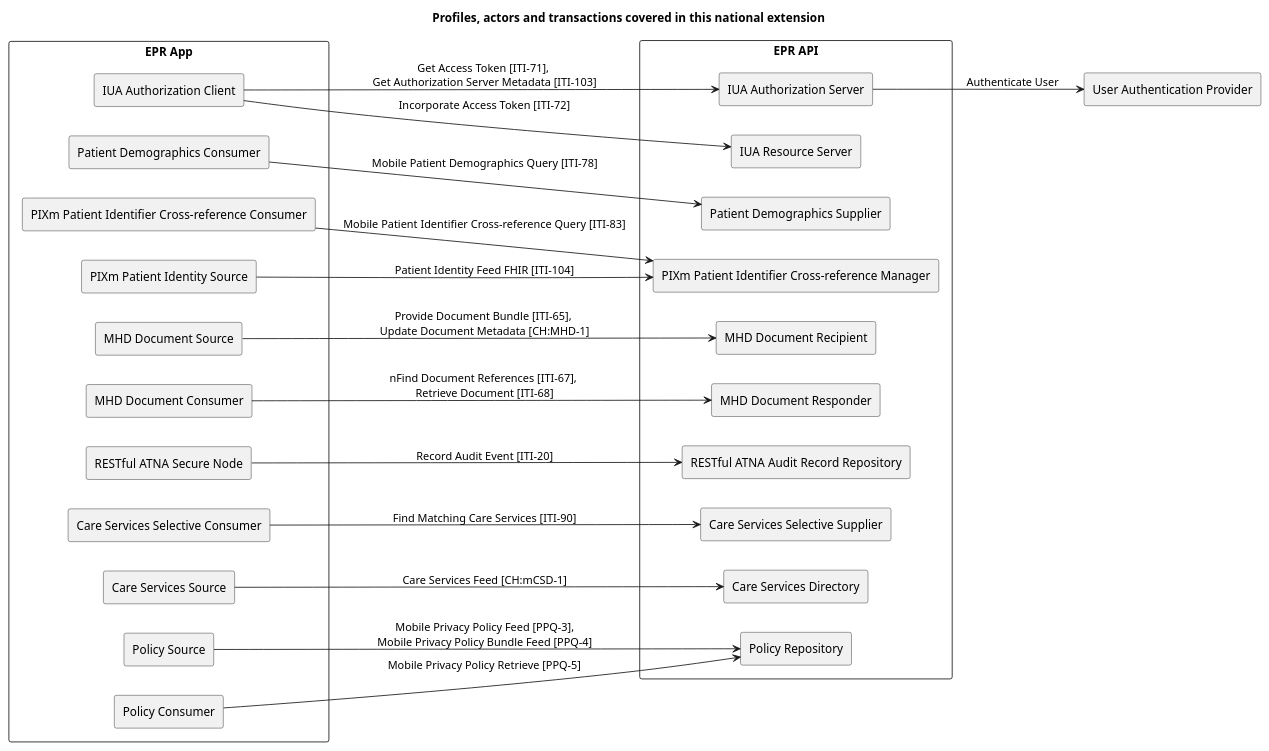
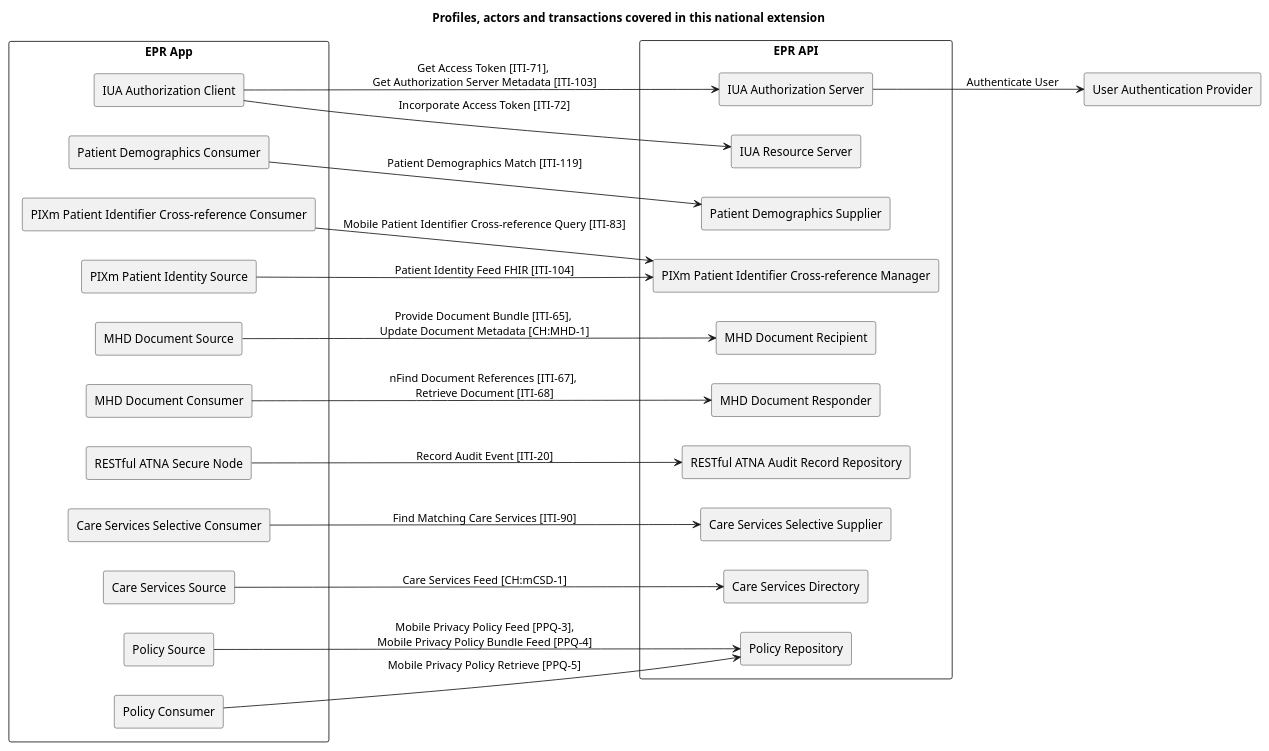
Before and after one commit to ehealthsuisse/ch-epr-fhir: the diagram in input/images-source/overview.plantuml, drawn with PlantUML. The commit also changed 11 other files, not shown here.

First line of the commit message:
PDQm: replace the ITI-78 transaction with the ITI-119 transaction

```diff
--- a/input/images-source/overview.plantuml
+++ b/input/images-source/overview.plantuml
@@ -1,65 +1,65 @@
 @startuml
 
 title **Profiles, actors and transactions covered in this national extension**
 
 skinparam componentStyle rectangle
 skinparam svgDimensionStyle false
 
 left to right direction
 
 component "EPR App" {
   [IUA Authorization Client] as IUAClient
 
   [Patient Demographics Consumer] as PDQmConsumer
 
   [PIXm Patient Identifier Cross-reference Consumer] as PIXmConsumer
   [PIXm Patient Identity Source] as PIXmSource
 
   [MHD Document Source] as MHDSource
   [MHD Document Consumer] as MHDConsumer
 
   [RESTful ATNA Secure Node] as ATNANode
 
   [Care Services Selective Consumer] as mCSDSelectiveConsumer
   [Care Services Source] as mCSDSelectiveSource
 
   [Policy Source] as PPQmPolicySource
   [Policy Consumer] as PPQmPolicyConsumer
 }
 
 component "EPR API" {
   [IUA Authorization Server] as IUAAuthServer
   IUAClient -> IUAAuthServer : Get Access Token [ITI-71], \nGet Authorization Server Metadata [ITI-103]
   [IUA Resource Server] as IUAResourceServer
   IUAClient --> IUAResourceServer : Incorporate Access Token [ITI-72]
 
   [Patient Demographics Supplier] as PDQmSupplier
-  PDQmConsumer --> PDQmSupplier : Mobile Patient Demographics Query [ITI-78]
+  PDQmConsumer --> PDQmSupplier : Patient Demographics Match [ITI-119]
 
   [PIXm Patient Identifier Cross-reference Manager] as PIXmManager
   PIXmConsumer --> PIXmManager : Mobile Patient Identifier Cross-reference Query [ITI-83]
   PIXmSource --> PIXmManager : Patient Identity Feed FHIR [ITI-104]
 
   [MHD Document Recipient] as MHDRecipient
   MHDSource --> MHDRecipient : Provide Document Bundle [ITI-65], \nUpdate Document Metadata [CH:MHD-1]
 
   [MHD Document Responder] as MHDResponder
   MHDConsumer --> MHDResponder : nFind Document References [ITI-67], \nRetrieve Document [ITI-68] 
 
   [RESTful ATNA Audit Record Repository] as ATNARepository
   ATNANode --> ATNARepository : Record Audit Event [ITI-20]
 
   [Care Services Selective Supplier] as mCSDSelectiveSupplier
   mCSDSelectiveConsumer --> mCSDSelectiveSupplier : Find Matching Care Services [ITI-90]
   [Care Services Directory] as mCSDSelectiveDirectory
   mCSDSelectiveSource --> mCSDSelectiveDirectory : Care Services Feed [CH:mCSD-1]
 
   [Policy Repository] as PPQmPolicyRepository
   PPQmPolicySource --> PPQmPolicyRepository : Mobile Privacy Policy Feed [PPQ-3],\nMobile Privacy Policy Bundle Feed [PPQ-4]
   PPQmPolicyConsumer --> PPQmPolicyRepository : Mobile Privacy Policy Retrieve [PPQ-5]
 }
 
 [User Authentication Provider] as UAProvider
 IUAAuthServer --> UAProvider : Authenticate User
 
 @enduml
```
